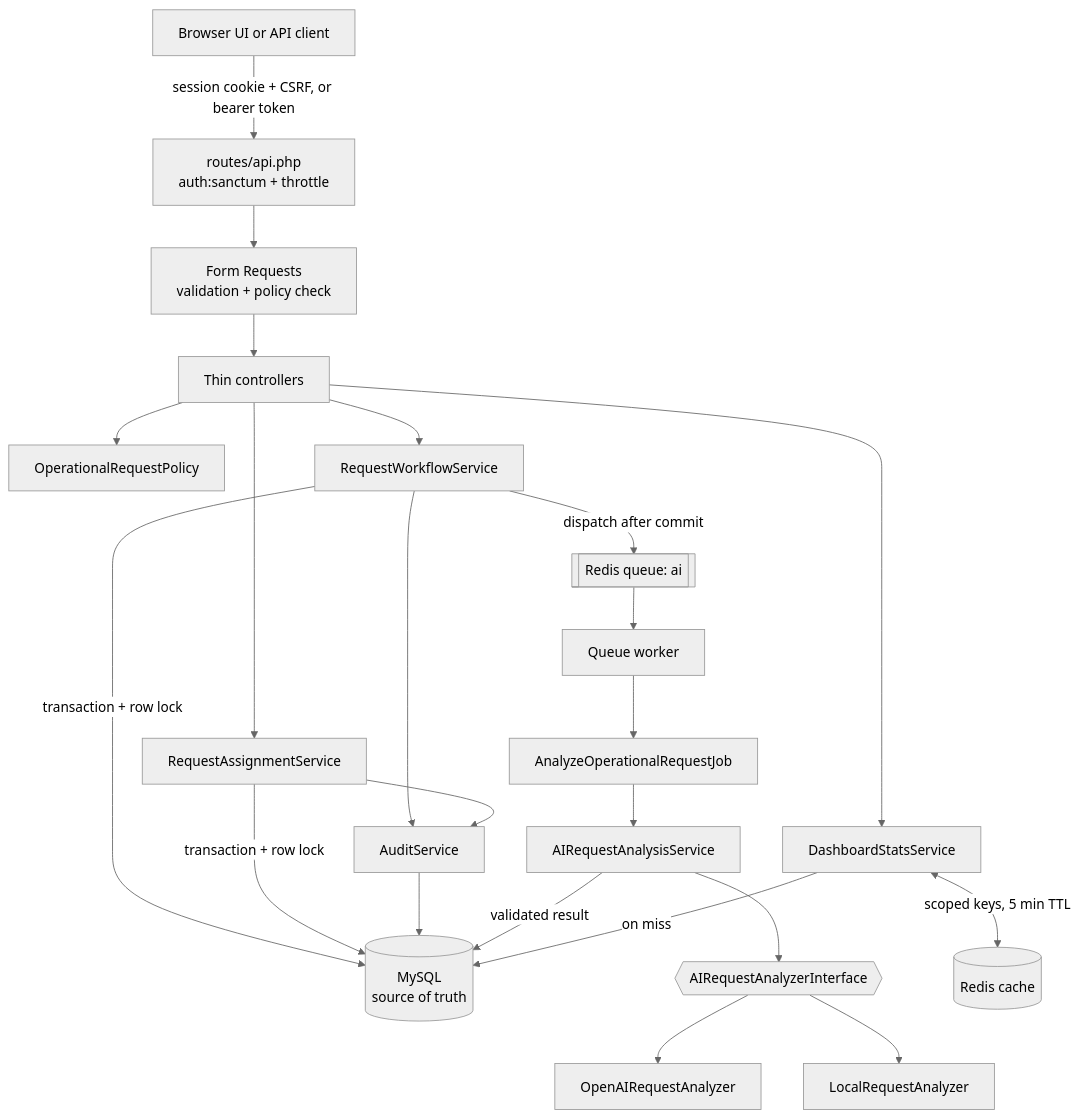
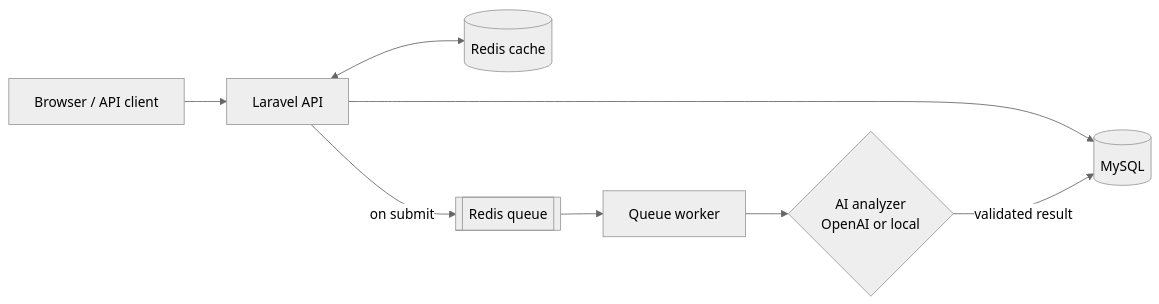
One commit to DhruvinBarot/opsflow-ai changed the diagram in README.md. Above: the diagram before and after it, drawn with Mermaid (neutral theme). The commit also changed other lines of this file, not shown here.

````diff
--- a/README.md
+++ b/README.md
@@ -70,21 +62,10 @@
 ```mermaid
-flowchart TD
-    Client[Browser UI or API client] -->|session cookie + CSRF, or bearer token| Routes[routes/api.php<br/>auth:sanctum + throttle]
-    Routes --> FR[Form Requests<br/>validation + policy check]
-    FR --> C[Thin controllers]
-    C --> P[OperationalRequestPolicy]
-    C --> WS[RequestWorkflowService]
-    C --> AS[RequestAssignmentService]
-    C --> DS[DashboardStatsService]
-    WS & AS -->|transaction + row lock| DB[(MySQL<br/>source of truth)]
-    WS & AS --> AU[AuditService] --> DB
-    WS -->|dispatch after commit| Q[[Redis queue: ai]]
-    Q --> W[Queue worker] --> J[AnalyzeOperationalRequestJob]
-    J --> AIS[AIRequestAnalysisService]
-    AIS --> IF{{AIRequestAnalyzerInterface}}
-    IF --> OA[OpenAIRequestAnalyzer]
-    IF --> LA[LocalRequestAnalyzer]
-    AIS -->|validated result| DB
-    DS <-->|scoped keys, 5 min TTL| RC[(Redis cache)]
-    DS -->|on miss| DB
+flowchart LR
+    U[Browser / API client] --> L[Laravel API]
+    L --> DB[(MySQL)]
+    L <--> C[(Redis cache)]
+    L -->|on submit| Q[[Redis queue]]
+    Q --> W[Queue worker]
+    W --> A{AI analyzer<br/>OpenAI or local}
+    A -->|validated result| DB
 ```
````
